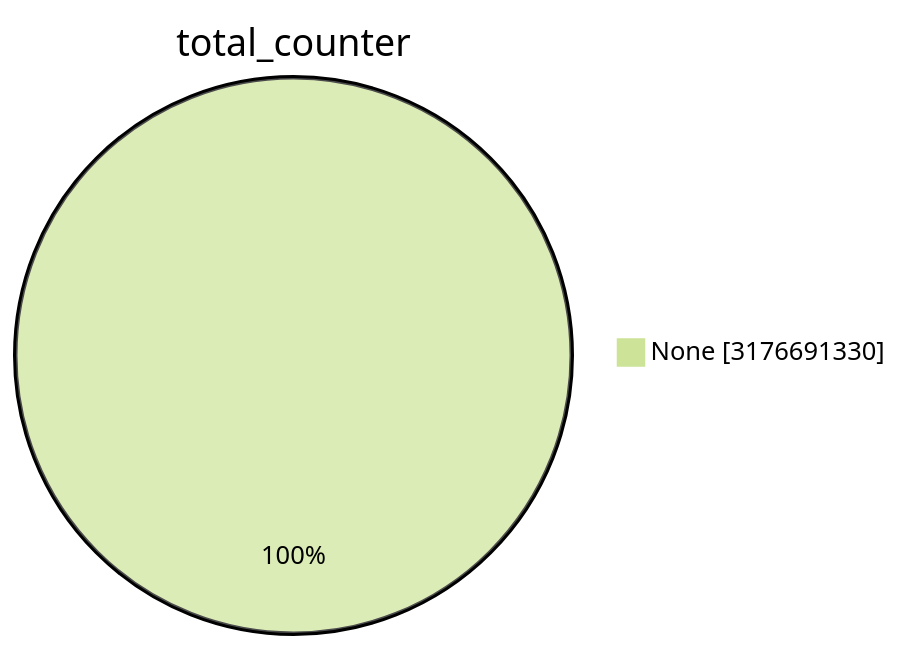
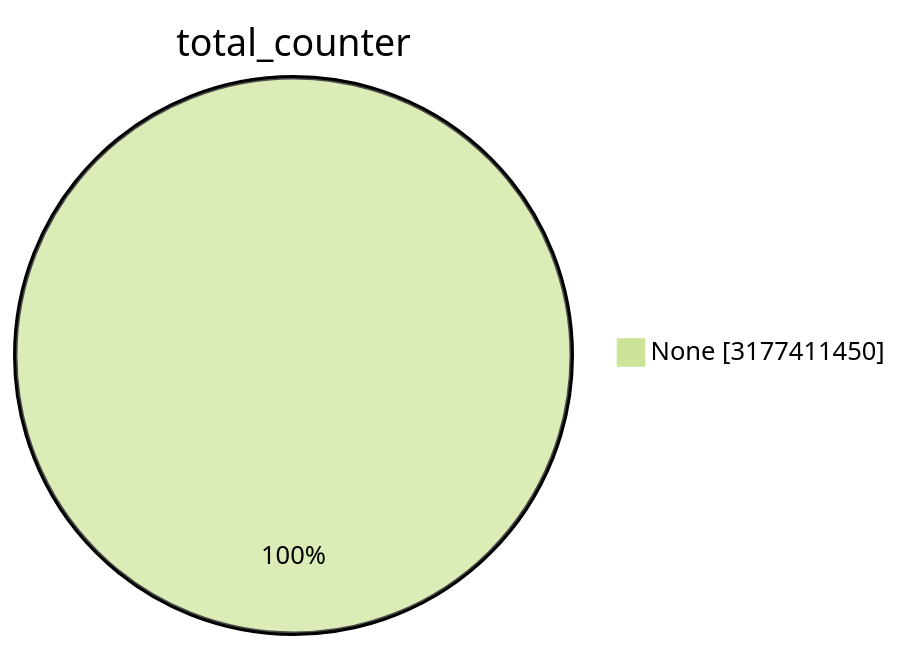
One commit to christiankrug/ctmonitor_visualization changed the first of 15 diagrams in TOTAL/README.md. Above: the diagram before and after it, drawn with Mermaid (forest theme). The commit also changed other lines of this file, not shown here.

````diff
--- a/TOTAL/README.md
+++ b/TOTAL/README.md
@@ -1,5 +1,5 @@
 ```mermaid
 pie showData
 title total_counter
-"None" :3176691330
+"None" :3177411450
 ```
````
